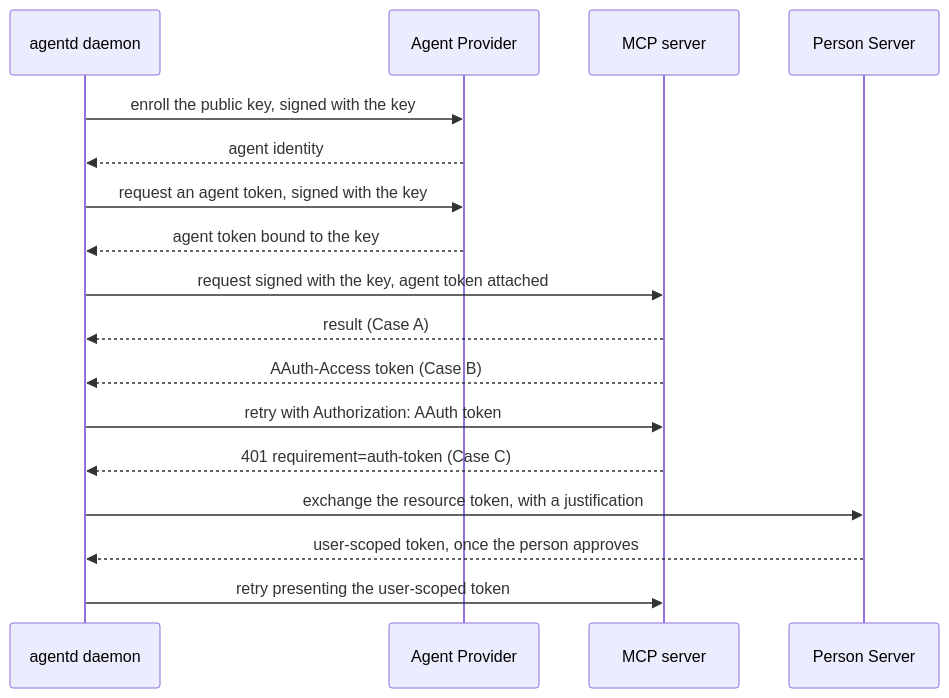
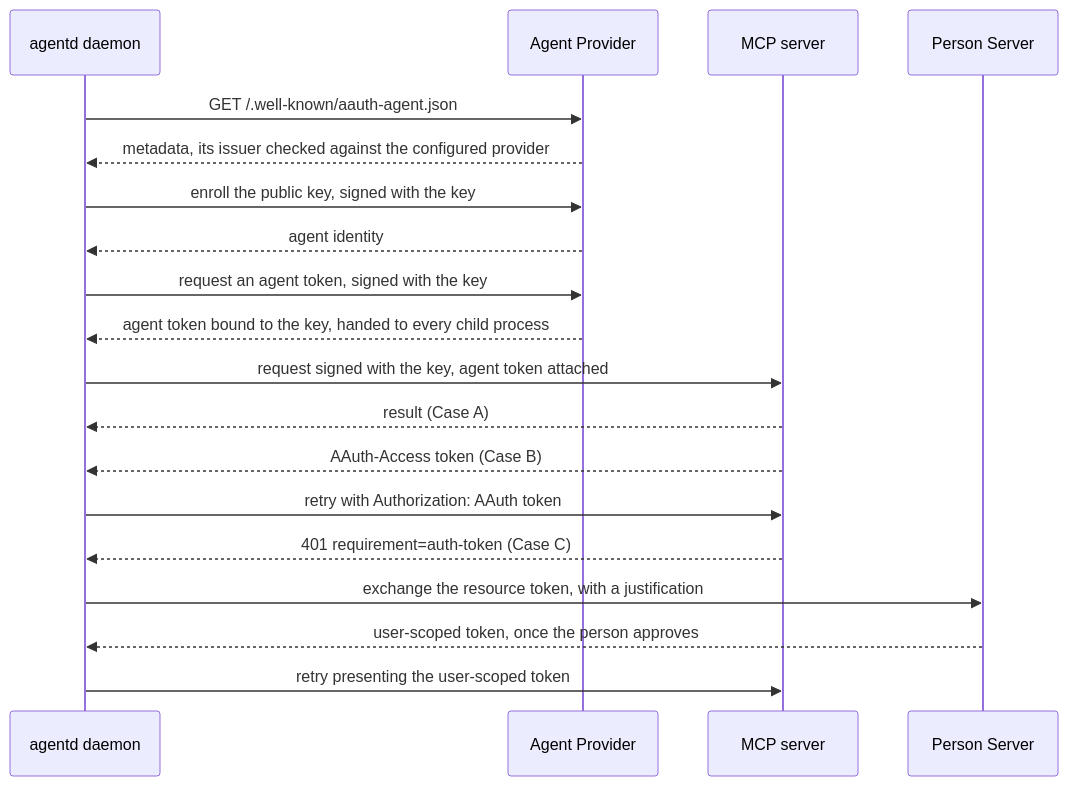
The diagram in docs/aauth.md (agentd-dev/source-code), drawn with Mermaid before and after one commit. The commit also changed other lines of this file and 23 other files, not shown here.

````diff
--- a/docs/aauth.md
+++ b/docs/aauth.md
@@ -156,19 +218,21 @@
 ```mermaid
 sequenceDiagram
   participant A as agentd daemon
   participant AP as Agent Provider
   participant R as MCP server
   participant PS as Person Server
+  A->>AP: GET /.well-known/aauth-agent.json
+  AP-->>A: metadata, its issuer checked against the configured provider
   A->>AP: enroll the public key, signed with the key
   AP-->>A: agent identity
   A->>AP: request an agent token, signed with the key
-  AP-->>A: agent token bound to the key
+  AP-->>A: agent token bound to the key, handed to every child process
   A->>R: request signed with the key, agent token attached
   R-->>A: result (Case A)
   R-->>A: AAuth-Access token (Case B)
   A->>R: retry with Authorization: AAuth token
   R-->>A: 401 requirement=auth-token (Case C)
   A->>PS: exchange the resource token, with a justification
   PS-->>A: user-scoped token, once the person approves
   A->>R: retry presenting the user-scoped token
 ```
````
